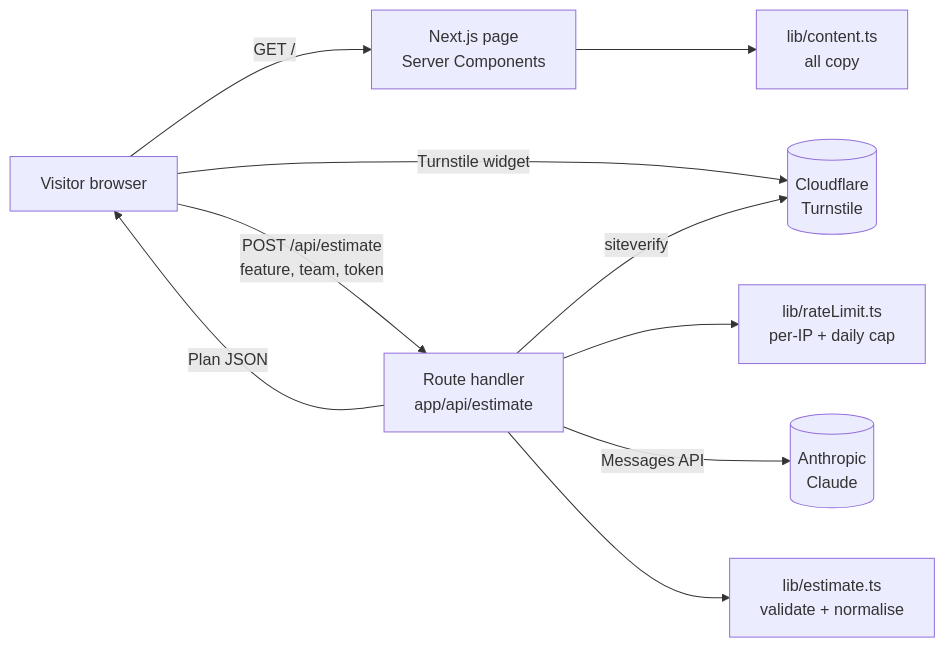
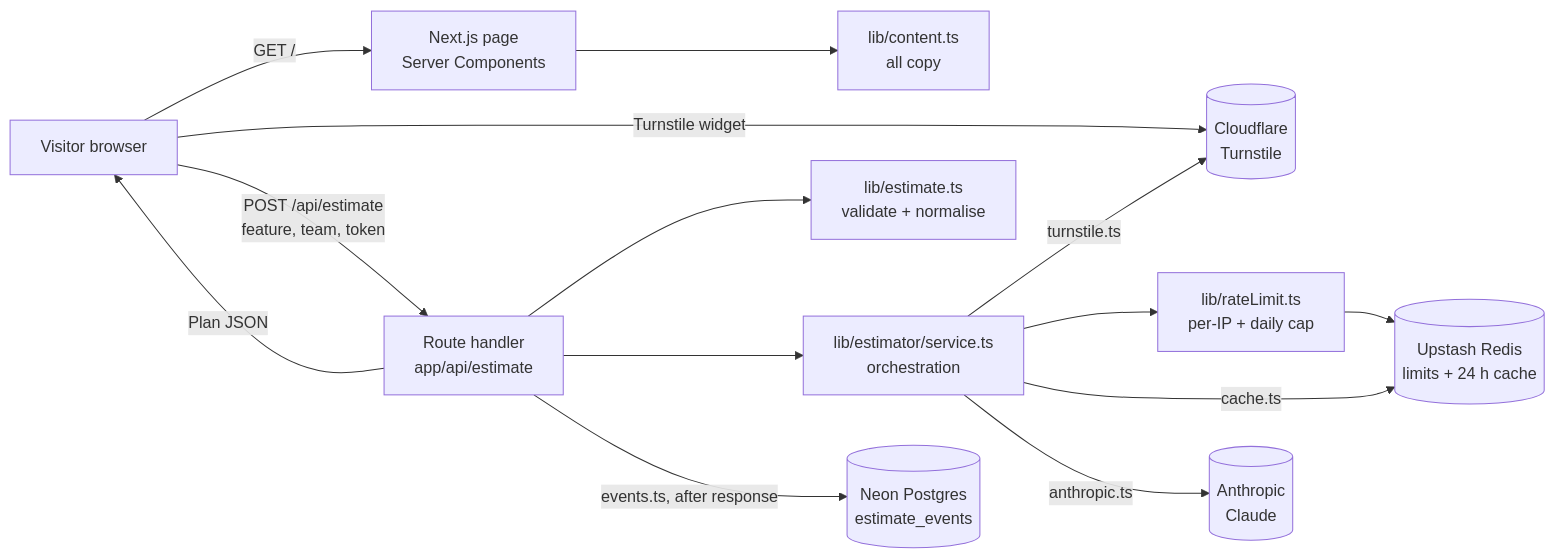
Before and after one commit to zenntkaixa/my_portfolio_wip: the diagram in docs/02-architecture.md, drawn with Mermaid. The commit also changed other lines of this file and 31 other files, not shown here.

First line of the commit message:
feat(estimator): usage events in Neon, plan cache, copy and print (M14 Batch C)

````diff
--- a/docs/02-architecture.md
+++ b/docs/02-architecture.md
@@ -5,12 +5,16 @@
 ```mermaid
 flowchart LR
   V[Visitor browser] -->|GET /| P[Next.js page<br/>Server Components]
   P --> C[lib/content.ts<br/>all copy]
   V -->|Turnstile widget| CF[(Cloudflare<br/>Turnstile)]
   V -->|POST /api/estimate<br/>feature, team, token| A[Route handler<br/>app/api/estimate]
-  A --> RL[lib/rateLimit.ts<br/>per-IP + daily cap]
-  A -->|siteverify| CF
-  A -->|Messages API| AN[(Anthropic<br/>Claude)]
   A --> N[lib/estimate.ts<br/>validate + normalise]
+  A --> S[lib/estimator/service.ts<br/>orchestration]
+  S -->|turnstile.ts| CF
+  S --> RL[lib/rateLimit.ts<br/>per-IP + daily cap]
+  RL --> UP[(Upstash Redis<br/>limits + 24 h cache)]
+  S -->|cache.ts| UP
+  S -->|anthropic.ts| AN[(Anthropic<br/>Claude)]
+  A -->|events.ts, after response| NE[(Neon Postgres<br/>estimate_events)]
   A -->|Plan JSON| V
 ```
````
